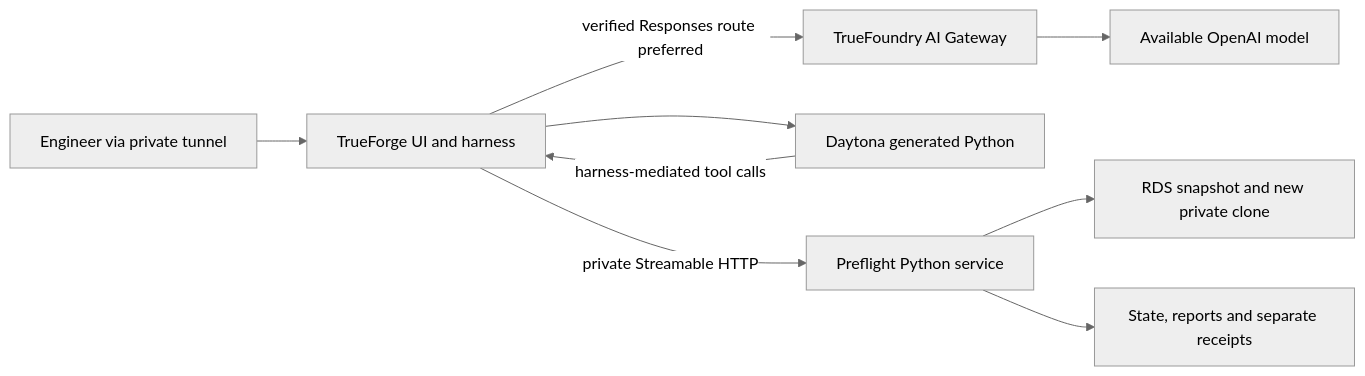
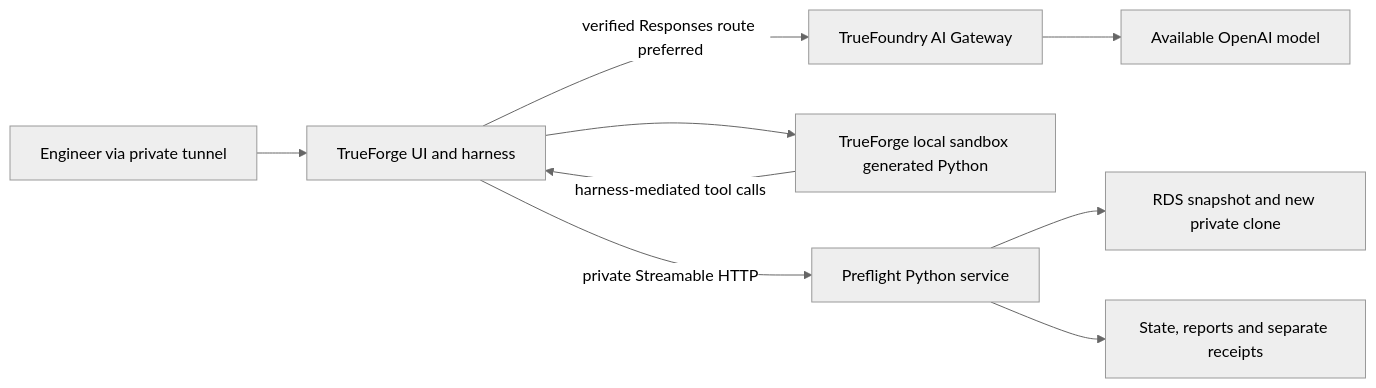
The diagram in docs/01_ARCHITECTURE.md (MokiMeow/preflight), drawn with Mermaid (neutral theme) before and after one commit. The commit also changed other lines of this file and 16 other files, not shown here.

Commit message:
Adopt authorized local sandbox contract and require pre-create cost admission

````diff
--- a/docs/01_ARCHITECTURE.md
+++ b/docs/01_ARCHITECTURE.md
@@ -8,11 +8,11 @@
 ```mermaid
 flowchart LR
     Engineer[Engineer via private tunnel] --> TF[TrueForge UI and harness]
     TF -->|verified Responses route preferred| GW[TrueFoundry AI Gateway]
     GW --> OA[Available OpenAI model]
-    TF --> DS[Daytona generated Python]
+    TF --> DS[TrueForge local sandbox generated Python]
     DS -->|harness-mediated tool calls| TF
     TF -->|private Streamable HTTP| MCP[Preflight Python service]
     MCP --> AWS[RDS snapshot and new private clone]
     MCP --> Store[State, reports and separate receipts]
 ```
````
